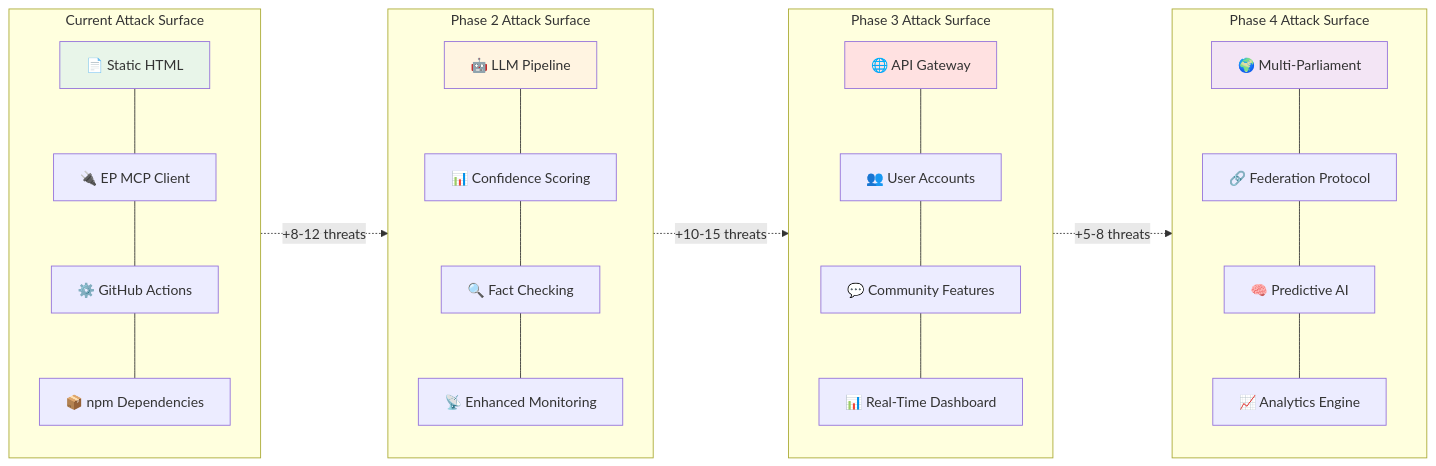
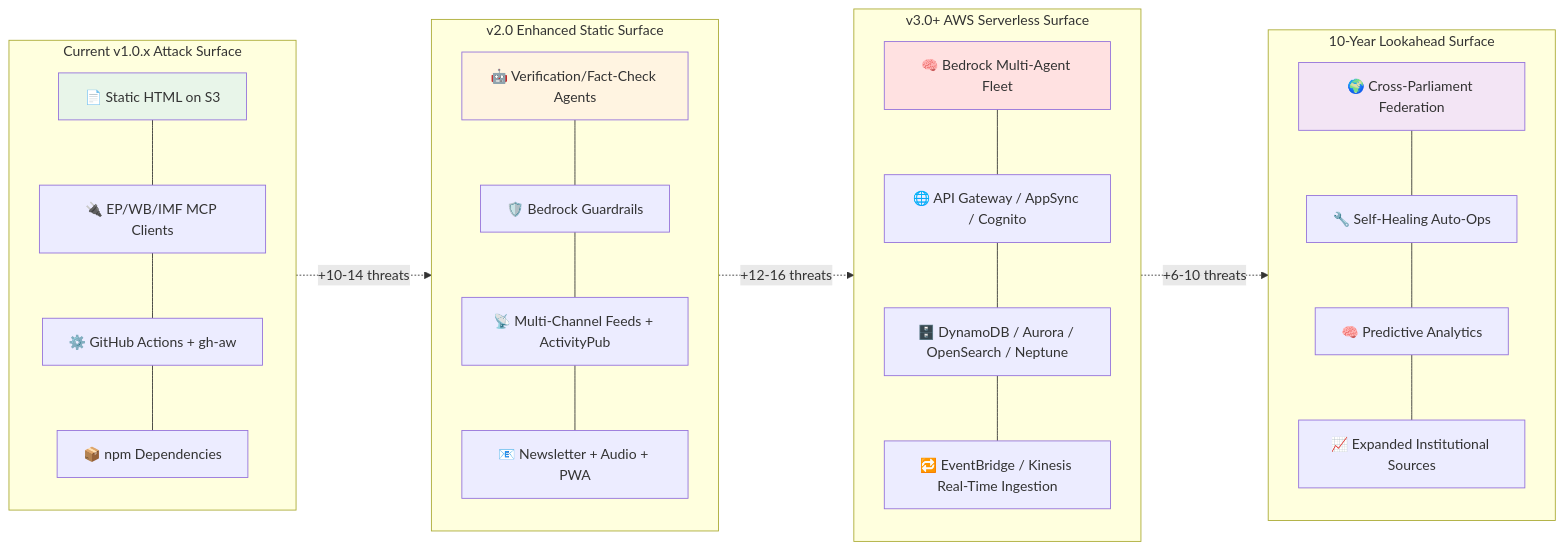
Before and after one commit to Hack23/euparliamentmonitor: the second of 4 diagrams in FUTURE_THREAT_MODEL.md, drawn with Mermaid. The commit also changed other lines of this file, not shown here.

Commit message:
docs(FUTURE_THREAT_MODEL): three-horizon AWS rewrite — header, evolution, assets, 8 threat categories, ATT&CK/ATLAS, risk matrix

````diff
--- a/FUTURE_THREAT_MODEL.md
+++ b/FUTURE_THREAT_MODEL.md
@@ -122,39 +133,39 @@
 ```mermaid
 flowchart LR
-    subgraph "Current Attack Surface"
+    subgraph "Current v1.0.x Attack Surface"
         direction TB
-        C1[📄 Static HTML] --- C2[🔌 EP MCP Client]
-        C2 --- C3[⚙️ GitHub Actions]
+        C1[📄 Static HTML on S3] --- C2[🔌 EP/WB/IMF MCP Clients]
+        C2 --- C3[⚙️ GitHub Actions + gh-aw]
         C3 --- C4[📦 npm Dependencies]
     end
 
-    subgraph "Phase 2 Attack Surface"
+    subgraph "v2.0 Enhanced Static Surface"
         direction TB
-        P2_1[🤖 LLM Pipeline] --- P2_2[📊 Confidence Scoring]
-        P2_2 --- P2_3[🔍 Fact Checking]
-        P2_3 --- P2_4[📡 Enhanced Monitoring]
+        H2_1[🤖 Verification/Fact-Check Agents] --- H2_2[🛡️ Bedrock Guardrails]
+        H2_2 --- H2_3[📡 Multi-Channel Feeds + ActivityPub]
+        H2_3 --- H2_4[📧 Newsletter + Audio + PWA]
     end
 
-    subgraph "Phase 3 Attack Surface"
+    subgraph "v3.0+ AWS Serverless Surface"
         direction TB
-        P3_1[🌐 API Gateway] --- P3_2[👥 User Accounts]
-        P3_2 --- P3_3[💬 Community Features]
-        P3_3 --- P3_4[📊 Real-Time Dashboard]
+        H3_1[🧠 Bedrock Multi-Agent Fleet] --- H3_2[🌐 API Gateway / AppSync / Cognito]
+        H3_2 --- H3_3[🗄️ DynamoDB / Aurora / OpenSearch / Neptune]
+        H3_3 --- H3_4[🔁 EventBridge / Kinesis Real-Time Ingestion]
     end
 
-    subgraph "Phase 4 Attack Surface"
+    subgraph "10-Year Lookahead Surface"
         direction TB
-        P4_1[🌍 Multi-Parliament] --- P4_2[🔗 Federation Protocol]
-        P4_2 --- P4_3[🧠 Predictive AI]
-        P4_3 --- P4_4[📈 Analytics Engine]
+        H4_1[🌍 Cross-Parliament Federation] --- H4_2[🔧 Self-Healing Auto-Ops]
+        H4_2 --- H4_3[🧠 Predictive Analytics]
+        H4_3 --- H4_4[📈 Expanded Institutional Sources]
     end
 
-    C4 -.->|"+8-12 threats"| P2_1
-    P2_4 -.->|"+10-15 threats"| P3_1
-    P3_4 -.->|"+5-8 threats"| P4_1
+    C4 -.->|"+10-14 threats"| H2_1
+    H2_4 -.->|"+12-16 threats"| H3_1
+    H3_4 -.->|"+6-10 threats"| H4_1
 
     style C1 fill:#e8f5e9
-    style P2_1 fill:#fff4e1
-    style P3_1 fill:#ffe1e1
-    style P4_1 fill:#f3e5f5
+    style H2_1 fill:#fff4e1
+    style H3_1 fill:#ffe1e1
+    style H4_1 fill:#f3e5f5
 ```
````
